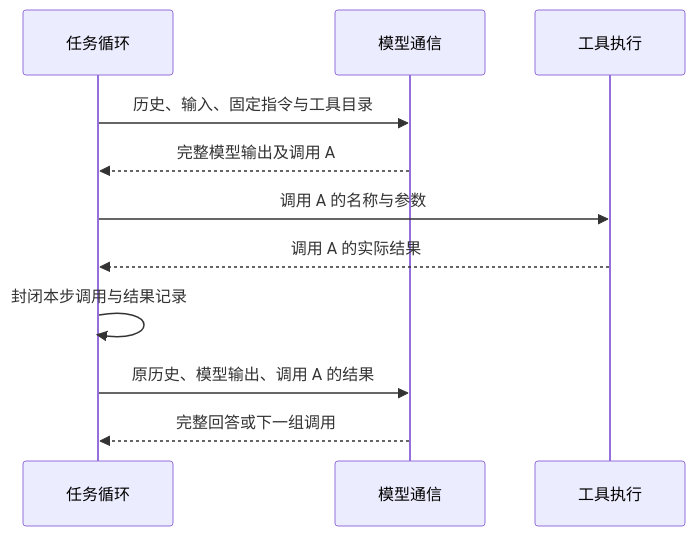
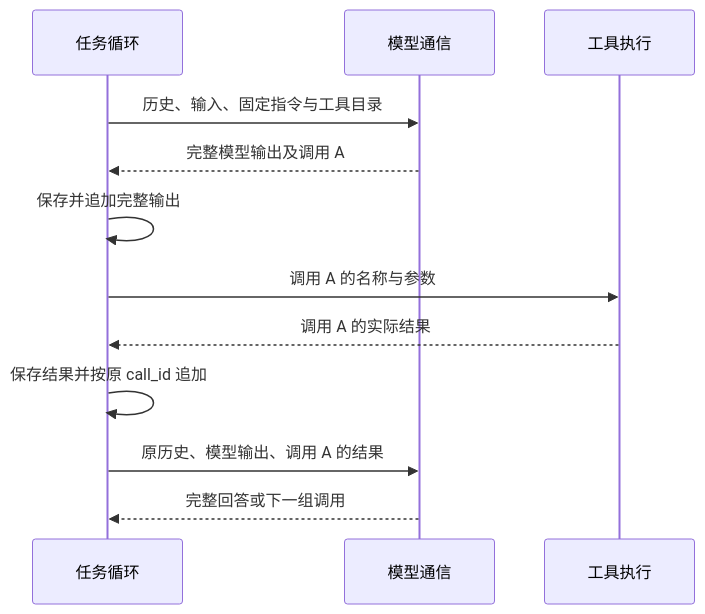
Before and after one commit to slc90/Agentelier: the second of 5 diagrams in docs/design/tool_call.md, drawn with Mermaid. The commit also changed other lines of this file and 16 other files, not shown here.

````diff
--- a/docs/design/tool_call.md
+++ b/docs/design/tool_call.md
@@ -80,13 +80,14 @@
 ```mermaid
 sequenceDiagram
     participant L as 任务循环
     participant M as 模型通信
     participant T as 工具执行
     L->>M: 历史、输入、固定指令与工具目录
     M-->>L: 完整模型输出及调用 A
+    L->>L: 保存并追加完整输出
     L->>T: 调用 A 的名称与参数
     T-->>L: 调用 A 的实际结果
-    L->>L: 封闭本步调用与结果记录
+    L->>L: 保存结果并按原 call_id 追加
     L->>M: 原历史、模型输出、调用 A 的结果
     M-->>L: 完整回答或下一组调用
 ```
````
